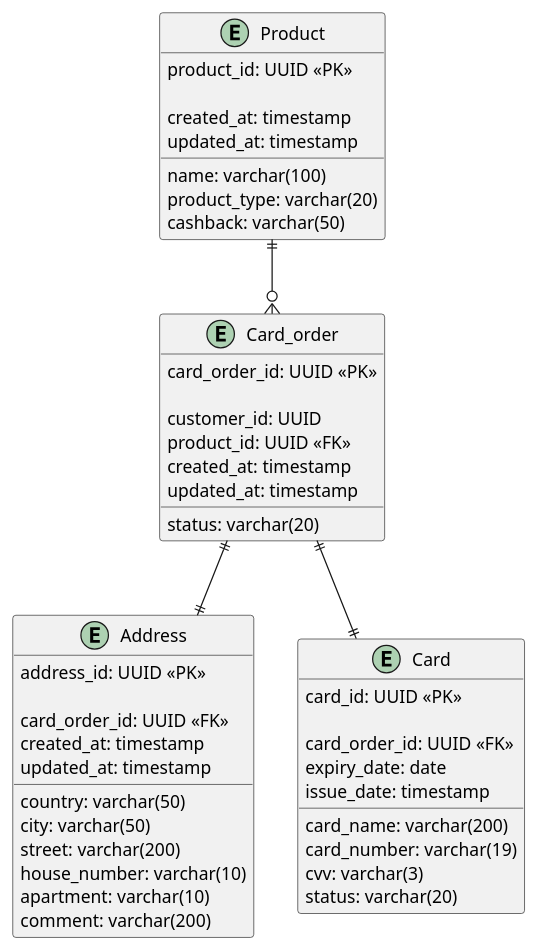
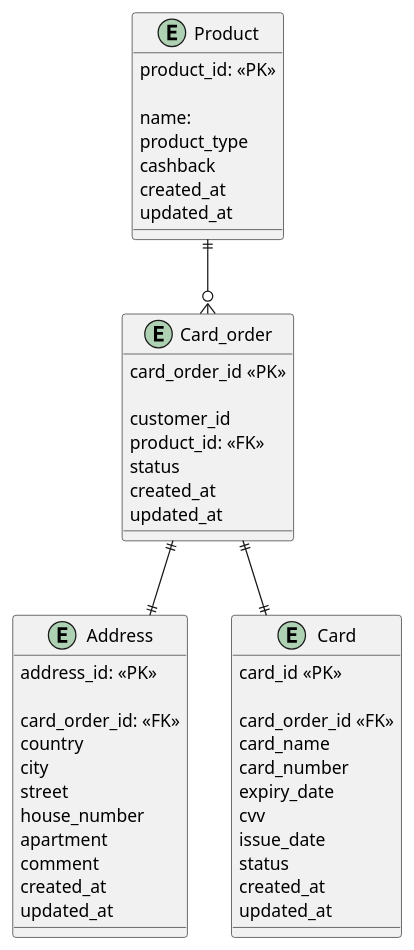
The diagram in PostgreSQL.puml (GimatutdinovaL/srs), drawn with PlantUML before and after one commit.

```diff
--- a/PostgreSQL.puml
+++ b/PostgreSQL.puml
@@ -1,57 +1,59 @@
 @startuml  
 
 entity Card_order
 {  
-card_order_id: UUID <<PK>> 
+card_order_id <<PK>> 
 
-customer_id: UUID
-product_id: UUID <<FK>> 
-status: varchar(20)
-created_at: timestamp
-updated_at: timestamp
+customer_id
+product_id: <<FK>> 
+status
+created_at
+updated_at
 } 
 
 entity Address 
 {
-address_id: UUID <<PK>> 
+address_id: <<PK>> 
 
-card_order_id: UUID <<FK>> 
-country: varchar(50)
-city: varchar(50)
-street: varchar(200)
-house_number: varchar(10)
-apartment: varchar(10)
-comment: varchar(200)
-created_at: timestamp
-updated_at: timestamp
+card_order_id: <<FK>> 
+country
+city
+street
+house_number
+apartment
+comment
+created_at
+updated_at
 }
 
 entity Product
 {
-product_id: UUID <<PK>> 
+product_id: <<PK>> 
 
-name: varchar(100)
-product_type: varchar(20)
-cashback: varchar(50)
-created_at: timestamp
-updated_at: timestamp
+name:
+product_type
+cashback
+created_at
+updated_at
 }
 
 entity Card
 {
-card_id: UUID <<PK>> 
+card_id <<PK>> 
 
-card_order_id: UUID <<FK>> 
-card_name: varchar(200)
-card_number: varchar(19) 
-expiry_date: date
-cvv: varchar(3)
-issue_date: timestamp
-status: varchar(20)
+card_order_id <<FK>> 
+card_name
+card_number
+expiry_date
+cvv
+issue_date
+status
+created_at
+updated_at
 }
 
 Card_order ||--|| Address
 Product ||--o{ Card_order
 Card_order ||--|| Card
 
 @enduml
```
